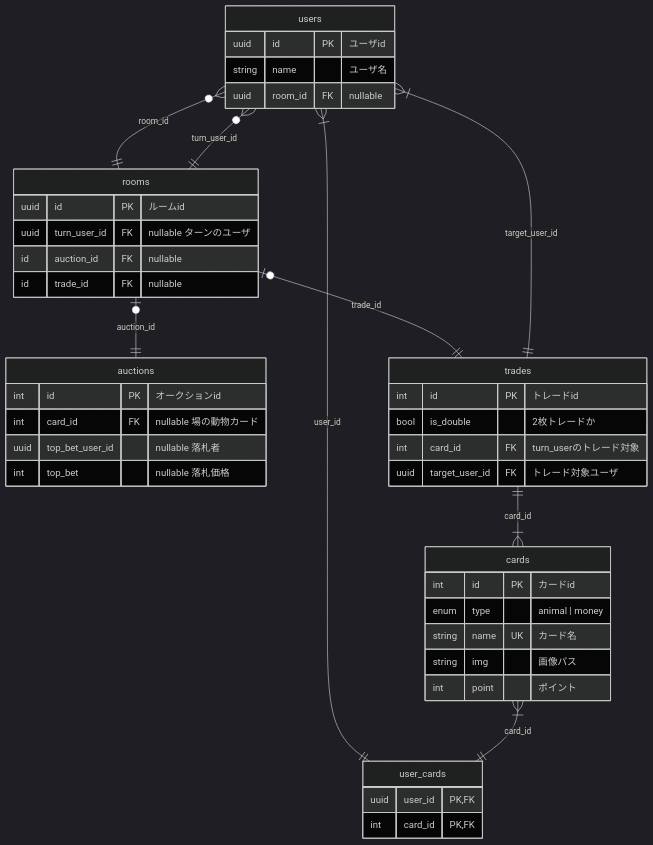
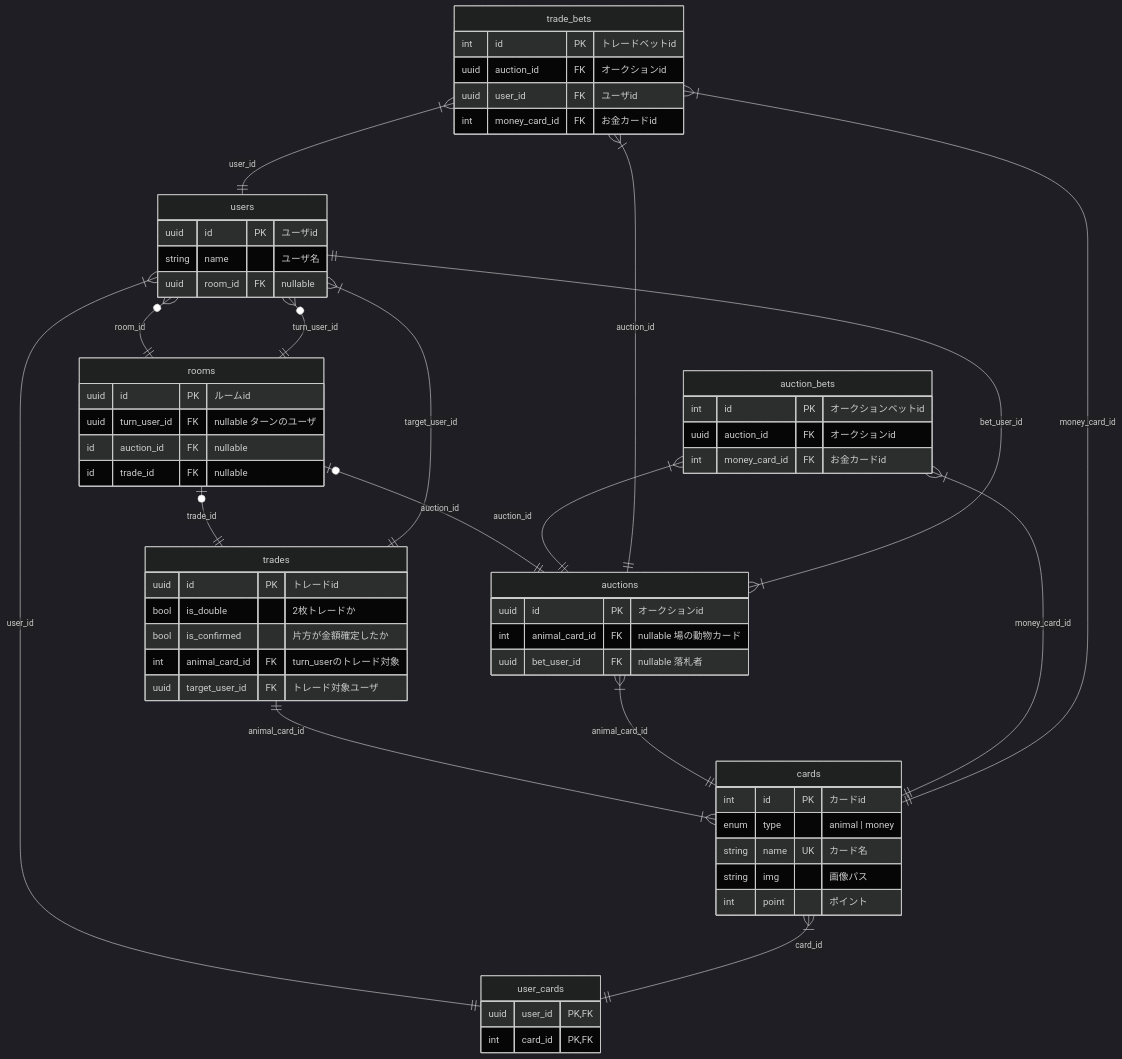
The diagram in document/ER-diagram.md (alltheturkey/auction), drawn with Mermaid (dark theme) before and after one commit. The commit also changed 1 other file, not shown here.

Commit message:
docs(document): add sequence diagram

````diff
--- a/document/ER-diagram.md
+++ b/document/ER-diagram.md
@@ -1,51 +1,71 @@
 ```mermaid
 erDiagram
     users o{--|| rooms : "room_id"
     rooms ||--o{ users : "turn_user_id"
     users |{--|| user_cards : "user_id"
     cards |{--|| user_cards : "card_id"
     rooms o|--|| auctions : "auction_id"
     rooms o|--|| trades : "trade_id"
-    trades ||--|{ cards : "card_id"
+    trades ||--|{ cards : "animal_card_id"
     trades ||--|{ users : "target_user_id"
+    auctions |{--|| cards : "animal_card_id"
+    auctions |{--|| users : "bet_user_id"
+    auction_bets |{--|| auctions : "auction_id"
+    auction_bets |{--|| cards : "money_card_id"
+    trade_bets |{--|| auctions : "auction_id"
+    trade_bets |{--|| users : "user_id"
+    trade_bets |{--|| cards : "money_card_id"
 
     users {
         uuid id PK "ユーザid"
         string name "ユーザ名"
         uuid room_id FK "nullable"
     }
 
     user_cards {
         uuid user_id PK,FK
         int card_id PK,FK
     }
 
     cards {
         int id PK "カードid"
         enum type "animal | money"
         string name UK "カード名"
         string img "画像パス"
         int point "ポイント"
     }
 
     rooms {
         uuid id PK "ルームid"
         uuid turn_user_id FK "nullable ターンのユーザ"
         id auction_id FK "nullable"
         id trade_id FK "nullable"
     }
 
+    auctions {
+        uuid id PK "オークションid"
+        int animal_card_id FK "nullable 場の動物カード"
+        uuid bet_user_id FK "nullable 落札者"
+    }
+
+    auction_bets {
+        int id PK "オークションベットid"
+        uuid auction_id FK "オークションid"
+        int money_card_id FK "お金カードid"
+    }
+
     trades {
-        int id PK "トレードid"
+        uuid id PK "トレードid"
         bool is_double "2枚トレードか"
-        int card_id FK "turn_userのトレード対象"
+        bool is_confirmed "片方が金額確定したか"
+        int animal_card_id FK "turn_userのトレード対象"
         uuid target_user_id FK "トレード対象ユーザ"
     }
 
-    auctions {
-        int id PK "オークションid"
-        int card_id FK "nullable 場の動物カード"
-        uuid top_bet_user_id "nullable 落札者"
-        int top_bet "nullable 落札価格"
+    trade_bets{
+        int id PK "トレードベットid"
+        uuid auction_id FK "オークションid"
+        uuid user_id FK "ユーザid"
+        int money_card_id FK "お金カードid"
     }
 ```
````
